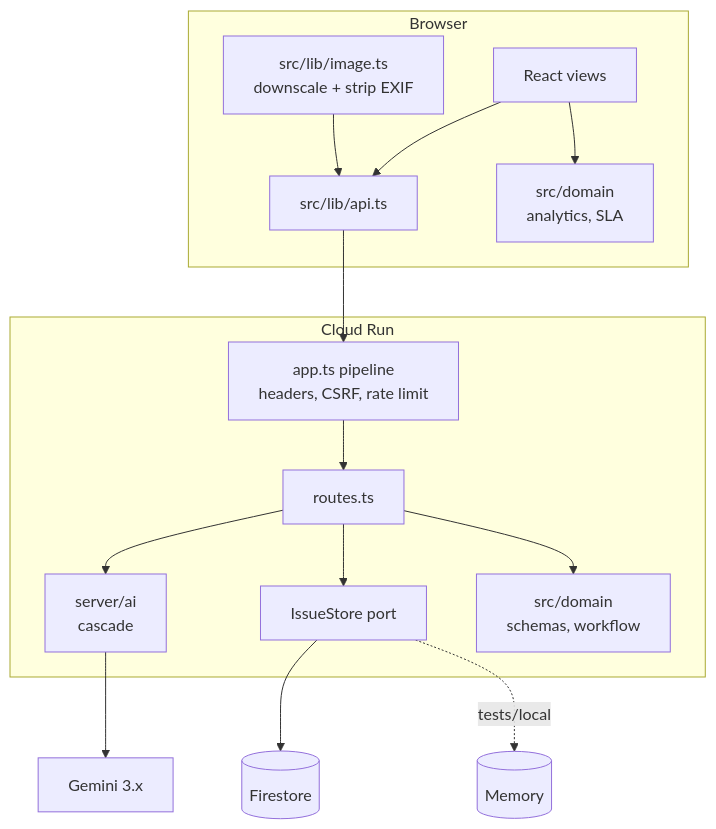
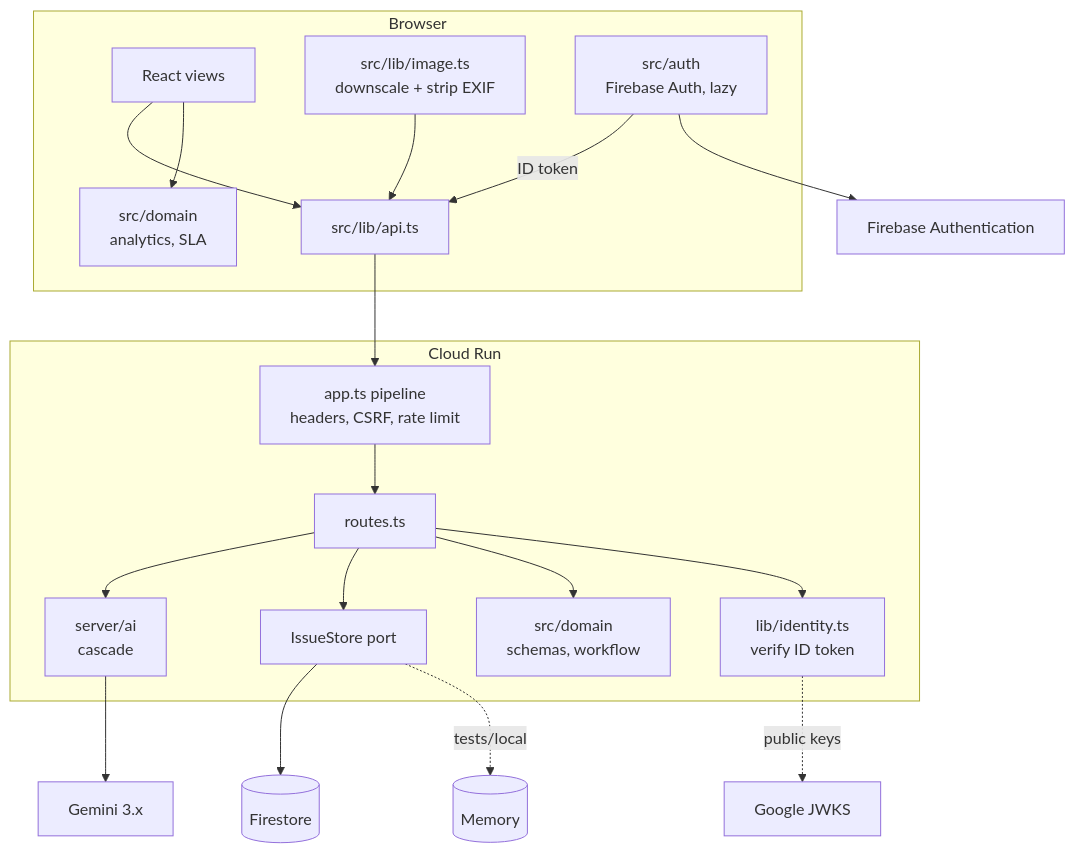
Before and after one commit to Harsha-code-per/CivicResolve: the diagram in docs/ARCHITECTURE.md, drawn with Mermaid. The commit also changed other lines of this file and 74 other files, not shown here.

````diff
--- a/docs/ARCHITECTURE.md
+++ b/docs/ARCHITECTURE.md
@@ -3,18 +3,22 @@
 ```mermaid
 flowchart TB
   subgraph Browser
     UI[React views] --> API[src/lib/api.ts]
     UI --> D1[src/domain<br/>analytics, SLA]
     IMG[src/lib/image.ts<br/>downscale + strip EXIF] --> API
+    AUTH[src/auth<br/>Firebase Auth, lazy] -->|ID token| API
   end
   subgraph Cloud Run
     P[app.ts pipeline<br/>headers, CSRF, rate limit] --> RT[routes.ts]
     RT --> AI[server/ai<br/>cascade]
     RT --> ST[IssueStore port]
     RT --> D2[src/domain<br/>schemas, workflow]
+    RT --> ID[lib/identity.ts<br/>verify ID token]
   end
+  AUTH --> FA[Firebase Authentication]
+  ID -.public keys.-> GK[Google JWKS]
   API --> P
   AI --> GEM[Gemini 3.x]
   ST --> FS[(Firestore)]
   ST -.tests/local.-> MEM[(Memory)]
 ```
````
